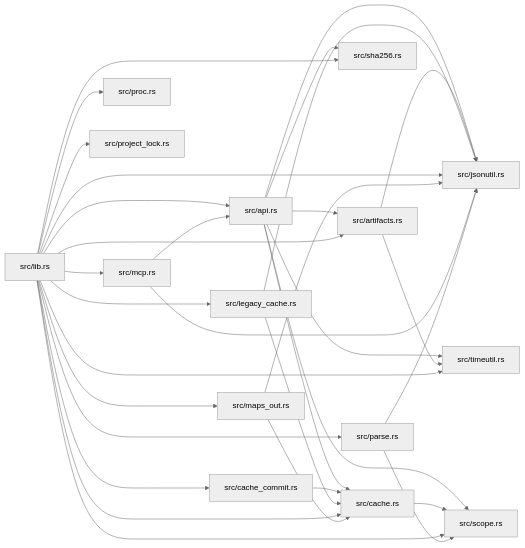
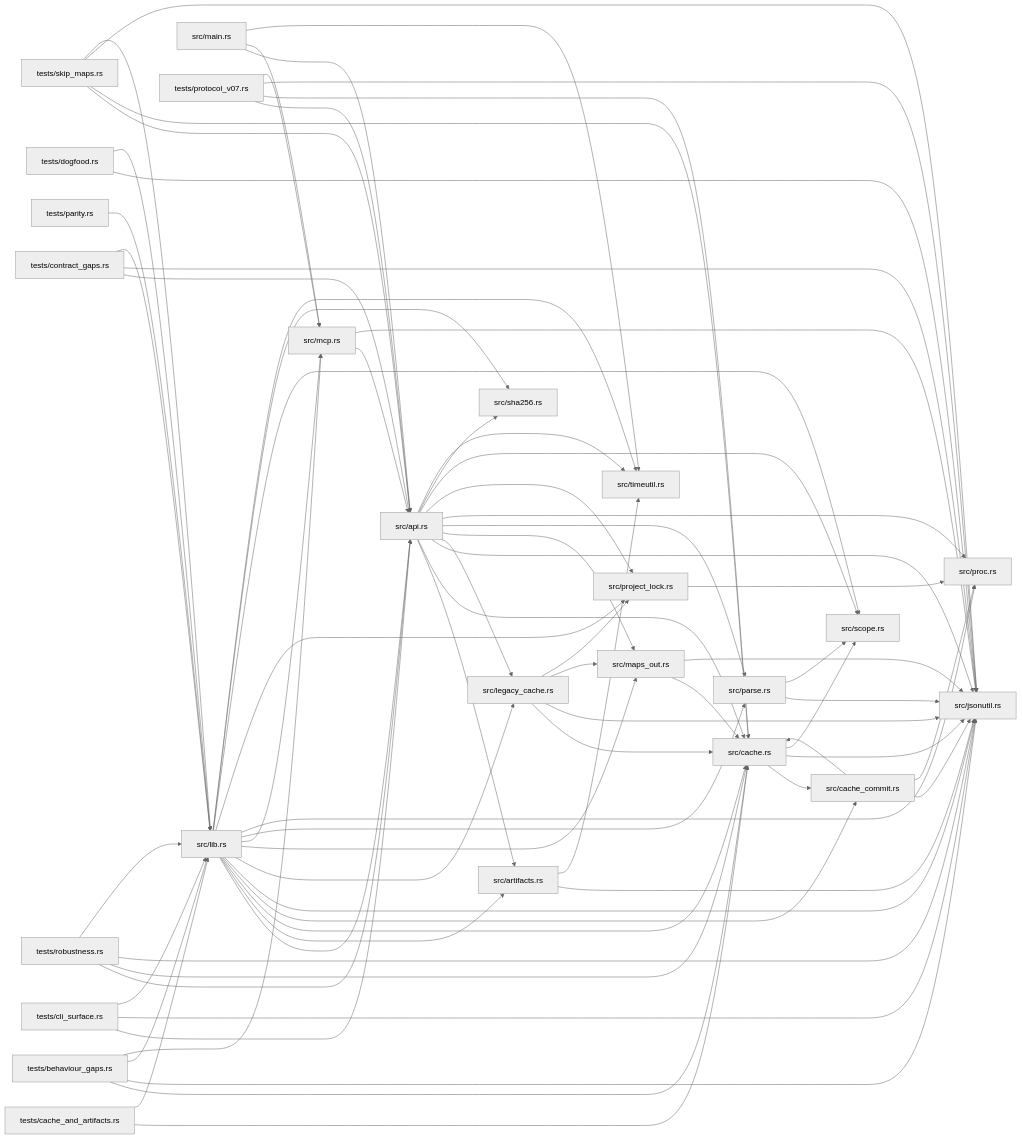
One commit to IronAdamant/wikifier changed the diagram in library.md. Above: the diagram before and after it, drawn with Mermaid (neutral theme). The commit also changed other lines of this file and 20 other files, not shown here.

````diff
--- a/library.md
+++ b/library.md
@@ -38,35 +39,77 @@
 ```mermaid
 flowchart LR
   n0["src/api.rs"] --> n1["src/artifacts.rs"]
   n0["src/api.rs"] --> n2["src/cache.rs"]
   n0["src/api.rs"] --> n3["src/jsonutil.rs"]
-  n0["src/api.rs"] --> n4["src/scope.rs"]
-  n0["src/api.rs"] --> n5["src/sha256.rs"]
-  n0["src/api.rs"] --> n6["src/timeutil.rs"]
+  n0["src/api.rs"] --> n4["src/legacy_cache.rs"]
+  n0["src/api.rs"] --> n5["src/maps_out.rs"]
+  n0["src/api.rs"] --> n6["src/parse.rs"]
+  n0["src/api.rs"] --> n7["src/proc.rs"]
+  n0["src/api.rs"] --> n8["src/project_lock.rs"]
+  n0["src/api.rs"] --> n9["src/scope.rs"]
+  n0["src/api.rs"] --> n10["src/sha256.rs"]
+  n0["src/api.rs"] --> n11["src/timeutil.rs"]
   n1["src/artifacts.rs"] --> n3["src/jsonutil.rs"]
-  n1["src/artifacts.rs"] --> n6["src/timeutil.rs"]
-  n2["src/cache.rs"] --> n4["src/scope.rs"]
-  n7["src/cache_commit.rs"] --> n2["src/cache.rs"]
-  n8["src/legacy_cache.rs"] --> n2["src/cache.rs"]
-  n8["src/legacy_cache.rs"] --> n3["src/jsonutil.rs"]
-  n9["src/lib.rs"] --> n0["src/api.rs"]
-  n9["src/lib.rs"] --> n1["src/artifacts.rs"]
-  n9["src/lib.rs"] --> n2["src/cache.rs"]
-  n9["src/lib.rs"] --> n7["src/cache_commit.rs"]
-  n9["src/lib.rs"] --> n3["src/jsonutil.rs"]
-  n9["src/lib.rs"] --> n8["src/legacy_cache.rs"]
-  n9["src/lib.rs"] --> n10["src/maps_out.rs"]
-  n9["src/lib.rs"] --> n11["src/mcp.rs"]
-  n9["src/lib.rs"] --> n12["src/parse.rs"]
-  n9["src/lib.rs"] --> n13["src/proc.rs"]
-  n9["src/lib.rs"] --> n14["src/project_lock.rs"]
-  n9["src/lib.rs"] --> n4["src/scope.rs"]
-  n9["src/lib.rs"] --> n5["src/sha256.rs"]
-  n9["src/lib.rs"] --> n6["src/timeutil.rs"]
-  n10["src/maps_out.rs"] --> n2["src/cache.rs"]
-  n10["src/maps_out.rs"] --> n3["src/jsonutil.rs"]
-  n11["src/mcp.rs"] --> n0["src/api.rs"]
-  n11["src/mcp.rs"] --> n3["src/jsonutil.rs"]
-  n12["src/parse.rs"] --> n3["src/jsonutil.rs"]
-  n12["src/parse.rs"] --> n4["src/scope.rs"]
+  n1["src/artifacts.rs"] --> n11["src/timeutil.rs"]
+  n2["src/cache.rs"] --> n12["src/cache_commit.rs"]
+  n2["src/cache.rs"] --> n3["src/jsonutil.rs"]
+  n2["src/cache.rs"] --> n9["src/scope.rs"]
+  n12["src/cache_commit.rs"] --> n2["src/cache.rs"]
+  n12["src/cache_commit.rs"] --> n3["src/jsonutil.rs"]
+  n12["src/cache_commit.rs"] --> n7["src/proc.rs"]
+  n4["src/legacy_cache.rs"] --> n2["src/cache.rs"]
+  n4["src/legacy_cache.rs"] --> n3["src/jsonutil.rs"]
+  n4["src/legacy_cache.rs"] --> n5["src/maps_out.rs"]
+  n4["src/legacy_cache.rs"] --> n8["src/project_lock.rs"]
+  n13["src/lib.rs"] --> n0["src/api.rs"]
+  n13["src/lib.rs"] --> n1["src/artifacts.rs"]
+  n13["src/lib.rs"] --> n2["src/cache.rs"]
+  n13["src/lib.rs"] --> n12["src/cache_commit.rs"]
+  n13["src/lib.rs"] --> n3["src/jsonutil.rs"]
+  n13["src/lib.rs"] --> n4["src/legacy_cache.rs"]
+  n13["src/lib.rs"] --> n5["src/maps_out.rs"]
+  n13["src/lib.rs"] --> n14["src/mcp.rs"]
+  n13["src/lib.rs"] --> n6["src/parse.rs"]
+  n13["src/lib.rs"] --> n7["src/proc.rs"]
+  n13["src/lib.rs"] --> n8["src/project_lock.rs"]
+  n13["src/lib.rs"] --> n9["src/scope.rs"]
+  n13["src/lib.rs"] --> n10["src/sha256.rs"]
+  n13["src/lib.rs"] --> n11["src/timeutil.rs"]
+  n15["src/main.rs"] --> n0["src/api.rs"]
+  n15["src/main.rs"] --> n14["src/mcp.rs"]
+  n15["src/main.rs"] --> n11["src/timeutil.rs"]
+  n5["src/maps_out.rs"] --> n2["src/cache.rs"]
+  n5["src/maps_out.rs"] --> n3["src/jsonutil.rs"]
+  n14["src/mcp.rs"] --> n0["src/api.rs"]
+  n14["src/mcp.rs"] --> n3["src/jsonutil.rs"]
+  n6["src/parse.rs"] --> n3["src/jsonutil.rs"]
+  n6["src/parse.rs"] --> n9["src/scope.rs"]
+  n8["src/project_lock.rs"] --> n7["src/proc.rs"]
+  n16["tests/behaviour_gaps.rs"] --> n2["src/cache.rs"]
+  n16["tests/behaviour_gaps.rs"] --> n3["src/jsonutil.rs"]
+  n16["tests/behaviour_gaps.rs"] --> n13["src/lib.rs"]
+  n16["tests/behaviour_gaps.rs"] --> n14["src/mcp.rs"]
+  n17["tests/cache_and_artifacts.rs"] --> n2["src/cache.rs"]
+  n17["tests/cache_and_artifacts.rs"] --> n13["src/lib.rs"]
+  n18["tests/cli_surface.rs"] --> n0["src/api.rs"]
+  n18["tests/cli_surface.rs"] --> n3["src/jsonutil.rs"]
+  n18["tests/cli_surface.rs"] --> n13["src/lib.rs"]
+  n19["tests/contract_gaps.rs"] --> n0["src/api.rs"]
+  n19["tests/contract_gaps.rs"] --> n3["src/jsonutil.rs"]
+  n19["tests/contract_gaps.rs"] --> n13["src/lib.rs"]
+  n20["tests/dogfood.rs"] --> n3["src/jsonutil.rs"]
+  n20["tests/dogfood.rs"] --> n13["src/lib.rs"]
+  n21["tests/parity.rs"] --> n13["src/lib.rs"]
+  n22["tests/protocol_v07.rs"] --> n0["src/api.rs"]
+  n22["tests/protocol_v07.rs"] --> n2["src/cache.rs"]
+  n22["tests/protocol_v07.rs"] --> n3["src/jsonutil.rs"]
+  n22["tests/protocol_v07.rs"] --> n14["src/mcp.rs"]
+  n23["tests/robustness.rs"] --> n0["src/api.rs"]
+  n23["tests/robustness.rs"] --> n2["src/cache.rs"]
+  n23["tests/robustness.rs"] --> n3["src/jsonutil.rs"]
+  n23["tests/robustness.rs"] --> n13["src/lib.rs"]
+  n24["tests/skip_maps.rs"] --> n0["src/api.rs"]
+  n24["tests/skip_maps.rs"] --> n2["src/cache.rs"]
+  n24["tests/skip_maps.rs"] --> n3["src/jsonutil.rs"]
+  n24["tests/skip_maps.rs"] --> n13["src/lib.rs"]
 ```
````
